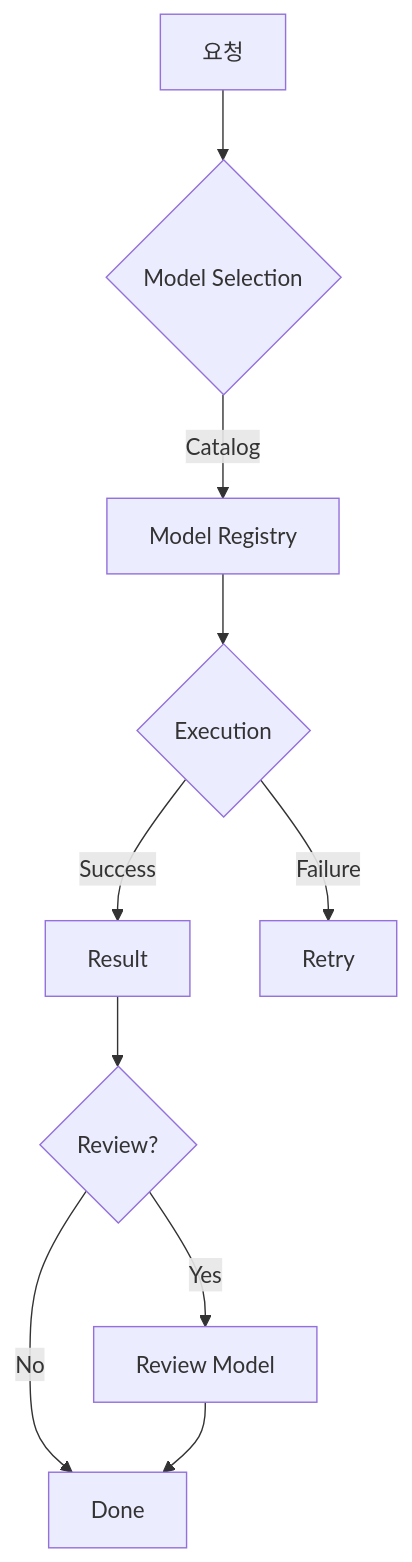
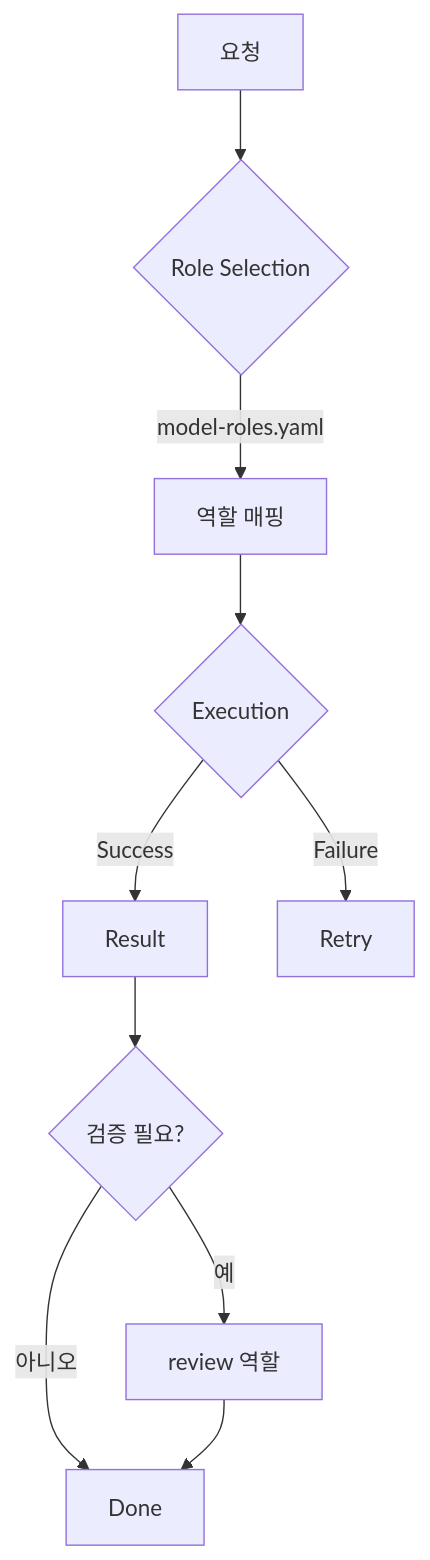
The third of 3 diagrams in docs/wiki/guides/model-routing.md (pheanor-agent/p-hermes), drawn with Mermaid before and after one commit. The commit also changed other lines of this file and 11 other files, not shown here.

````diff
--- a/docs/wiki/guides/model-routing.md
+++ b/docs/wiki/guides/model-routing.md
@@ -224,12 +225,12 @@
 ```mermaid
 flowchart TD
-    A[요청] --> B{Model Selection}
-    B -->|Catalog| C[Model Registry]
+    A[요청] --> B{Role Selection}
+    B -->|model-roles.yaml| C[역할 매핑]
     C --> D{Execution}
     D -->|Success| E[Result]
     D -->|Failure| F[Retry]
-    E --> G{Review?}
-    G -->|Yes| H[Review Model]
-    G -->|No| I[Done]
+    E --> G{검증 필요?}
+    G -->|예| H[review 역할]
+    G -->|아니오| I[Done]
     H --> I
 ```
````
